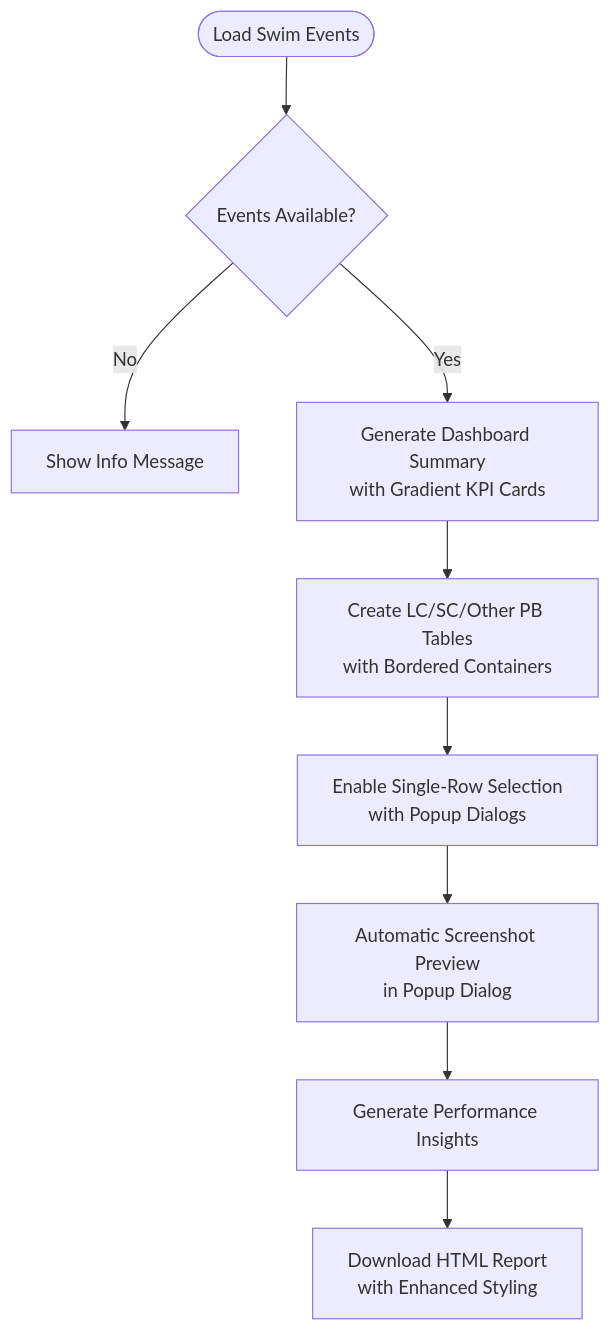
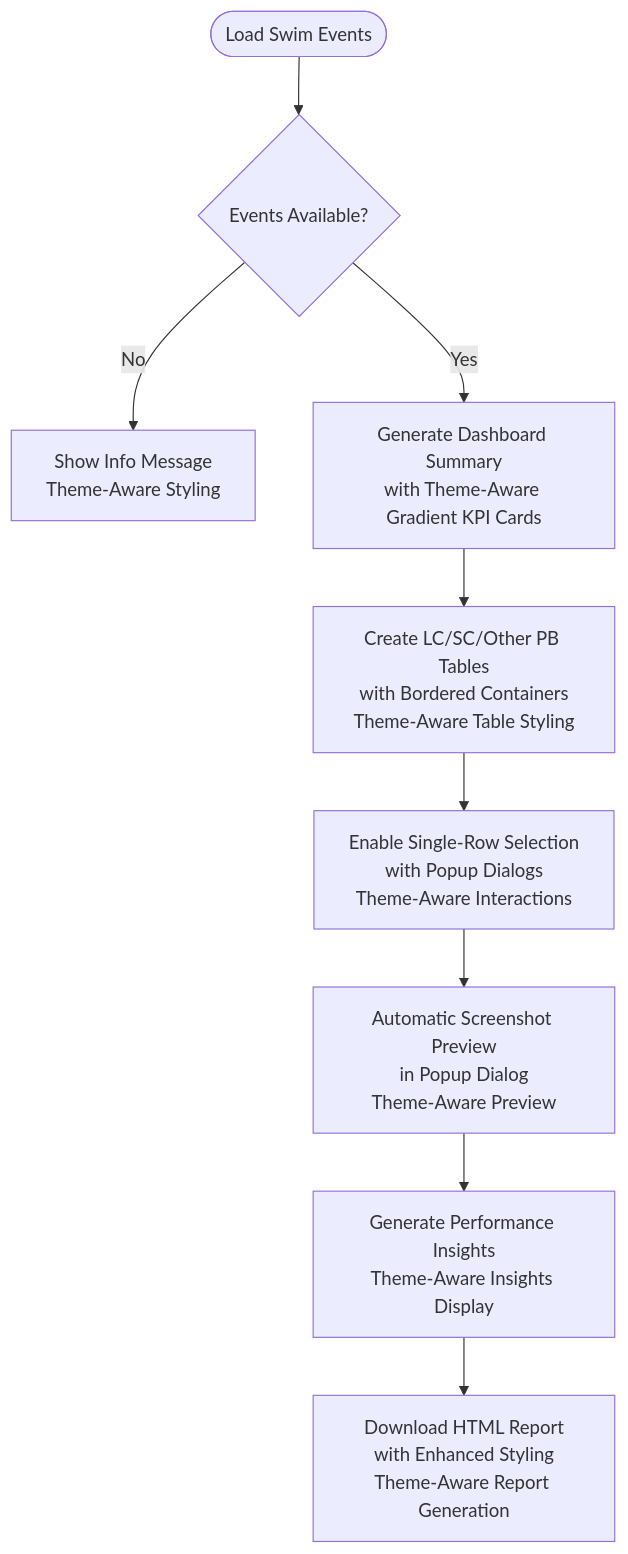
One commit to Johnny22056/SwimingStatus changed diagram 11 of 15 in .qoder/repowiki/en/content/Core Components/Application Controller.md. Above: the diagram before and after it, drawn with Mermaid. The commit also changed other lines of this file and 2 other files, not shown here.

First line of the commit message:
feat(theme): integrate comprehensive dynamic theme management system

````diff
--- a/.qoder/repowiki/en/content/Core Components/Application Controller.md
+++ b/.qoder/repowiki/en/content/Core Components/Application Controller.md
@@ -397,11 +455,11 @@
 ```mermaid
 flowchart TD
 LoadEvents([Load Swim Events]) --> CheckEvents{"Events Available?"}
-CheckEvents --> |No| ShowInfo["Show Info Message"]
-CheckEvents --> |Yes| Summary["Generate Dashboard Summary<br/>with Gradient KPI Cards"]
-Summary --> PBTables["Create LC/SC/Other PB Tables<br/>with Bordered Containers"]
-PBTables --> RowSelection["Enable Single-Row Selection<br/>with Popup Dialogs"]
-RowSelection --> ScreenshotPreview["Automatic Screenshot Preview<br/>in Popup Dialog"]
-ScreenshotPreview --> Insights["Generate Performance Insights"]
-Insights --> Report["Download HTML Report<br/>with Enhanced Styling"]
+CheckEvents --> |No| ShowInfo["Show Info Message<br/>Theme-Aware Styling"]
+CheckEvents --> |Yes| Summary["Generate Dashboard Summary<br/>with Theme-Aware Gradient KPI Cards"]
+Summary --> PBTables["Create LC/SC/Other PB Tables<br/>with Bordered Containers<br/>Theme-Aware Table Styling"]
+PBTables --> RowSelection["Enable Single-Row Selection<br/>with Popup Dialogs<br/>Theme-Aware Interactions"]
+RowSelection --> ScreenshotPreview["Automatic Screenshot Preview<br/>in Popup Dialog<br/>Theme-Aware Preview"]
+ScreenshotPreview --> Insights["Generate Performance Insights<br/>Theme-Aware Insights Display"]
+Insights --> Report["Download HTML Report<br/>with Enhanced Styling<br/>Theme-Aware Report Generation"]
 ```
````
